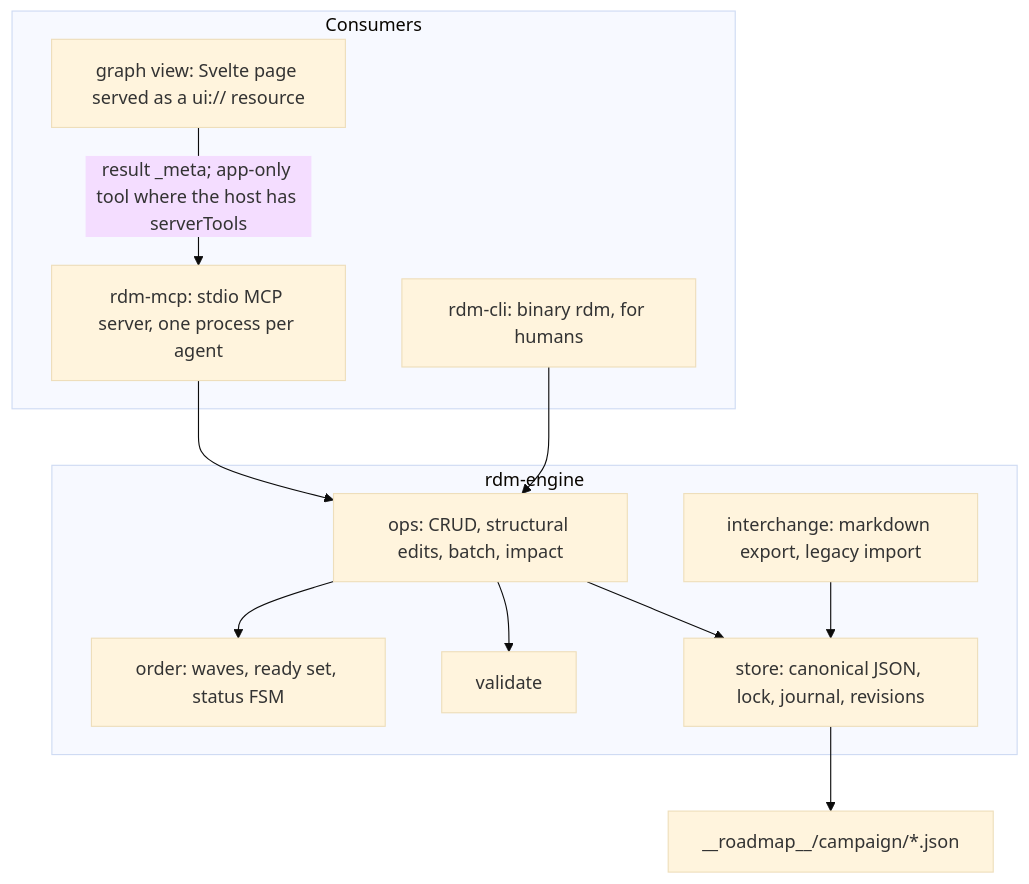
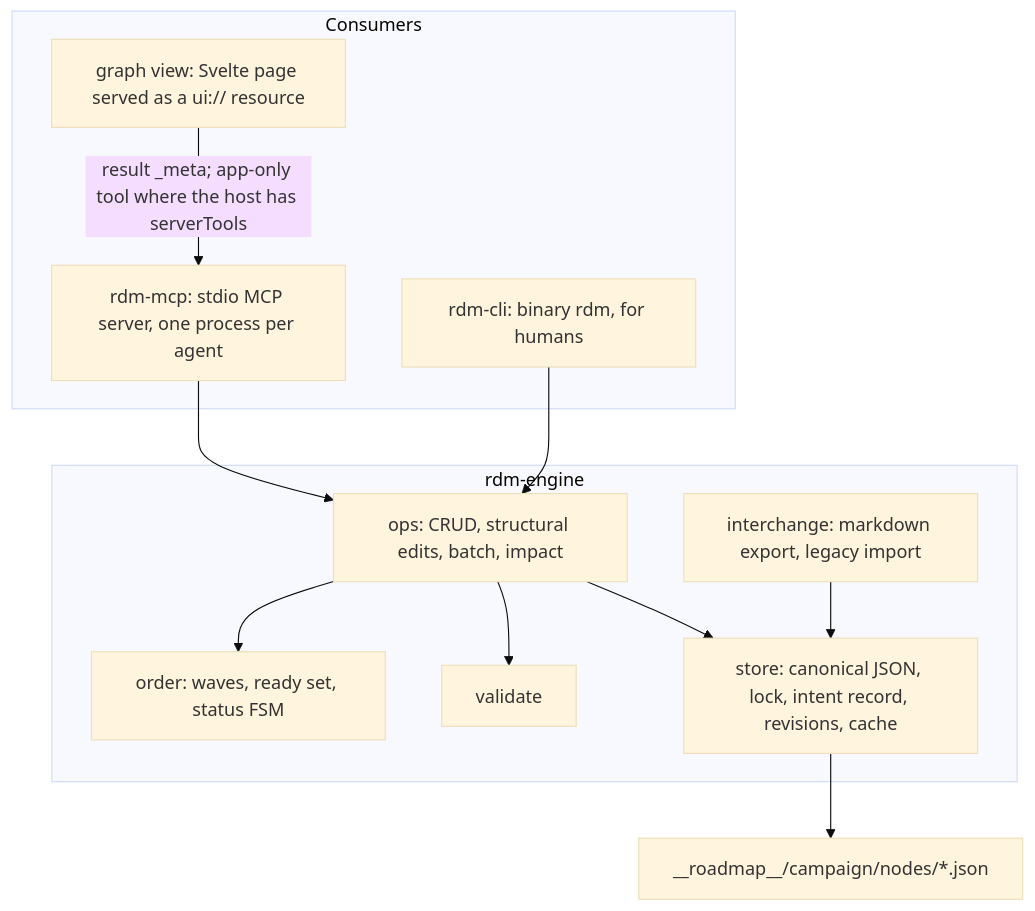
The second of 4 diagrams in __design__/rdm/architecture.md (CrackingShells/cracking-shells-playbook), drawn with Mermaid (base theme) before and after one commit. The commit also changed other lines of this file and 2 other files, not shown here.

First line of the commit message:
docs(design): sync r01 with the m1 store and contracts

````diff
--- a/__design__/rdm/architecture.md
+++ b/__design__/rdm/architecture.md
@@ -63,23 +66,23 @@
 ```mermaid
 graph TD
   subgraph Consumers
     MCP[rdm-mcp: stdio MCP server, one process per agent]
     CLI[rdm-cli: binary rdm, for humans]
     UI[graph view: Svelte page served as a ui:// resource]
   end
   subgraph Core [rdm-engine]
     OPS[ops: CRUD, structural edits, batch, impact]
     ORD[order: waves, ready set, status FSM]
     VAL[validate]
     IO[interchange: markdown export, legacy import]
-    ST[store: canonical JSON, lock, journal, revisions]
+    ST[store: canonical JSON, lock, intent record, revisions, cache]
   end
   MCP --> OPS
   CLI --> OPS
   UI -->|result _meta; app-only tool where the host has serverTools| MCP
   OPS --> ORD
   OPS --> VAL
   OPS --> ST
   IO --> ST
-  ST --> FS[__roadmap__/campaign/*.json]
+  ST --> FS[__roadmap__/campaign/nodes/*.json]
 ```
````
